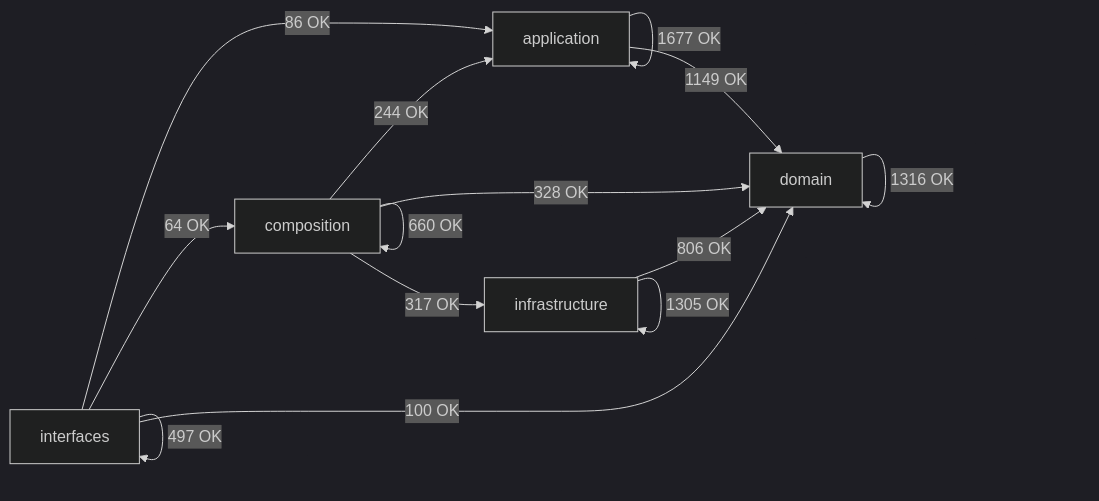
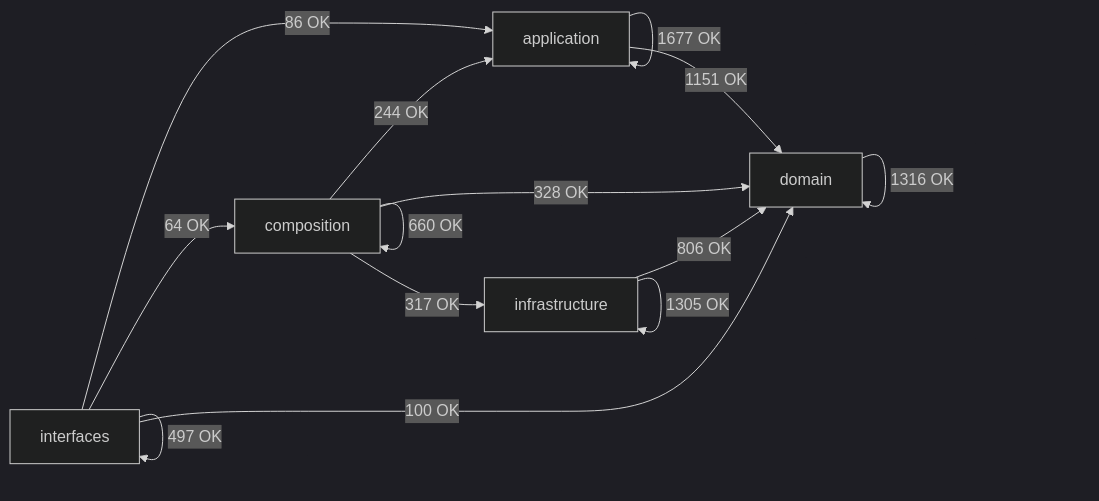
The diagram in docs/02-architecture/generated/module-dependency-map.md (SatoryKono/BioactivityDataAcquisition), drawn with Mermaid (dark theme) before and after one commit. The commit also changed other lines of this file, not shown here.

Commit message:
docs(architecture): sync predecessor lineage dependency projection

````diff
--- a/docs/02-architecture/generated/module-dependency-map.md
+++ b/docs/02-architecture/generated/module-dependency-map.md
@@ -17,21 +17,21 @@
 ```mermaid
 flowchart LR
     domain[domain]
     application[application]
     infrastructure[infrastructure]
     composition[composition]
     interfaces[interfaces]
     application -->|1677 OK| application
-    application -->|1149 OK| domain
+    application -->|1151 OK| domain
     composition -->|244 OK| application
     composition -->|660 OK| composition
     composition -->|328 OK| domain
     composition -->|317 OK| infrastructure
     domain -->|1316 OK| domain
     infrastructure -->|806 OK| domain
     infrastructure -->|1305 OK| infrastructure
     interfaces -->|86 OK| application
     interfaces -->|64 OK| composition
     interfaces -->|100 OK| domain
     interfaces -->|497 OK| interfaces
 ```
````
